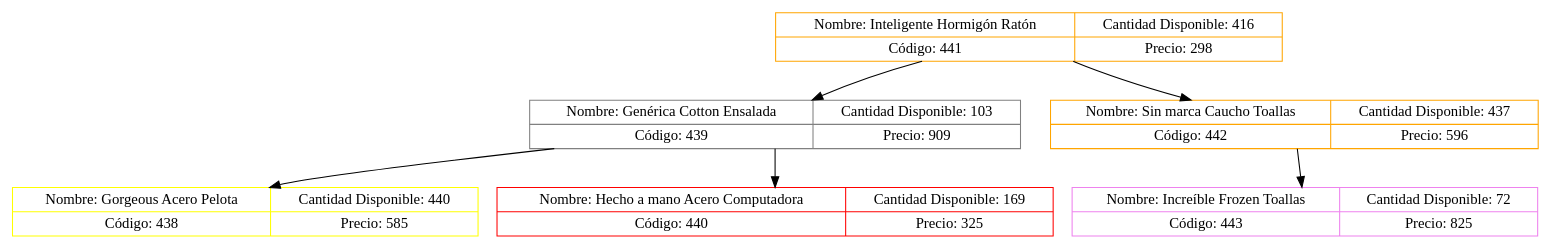
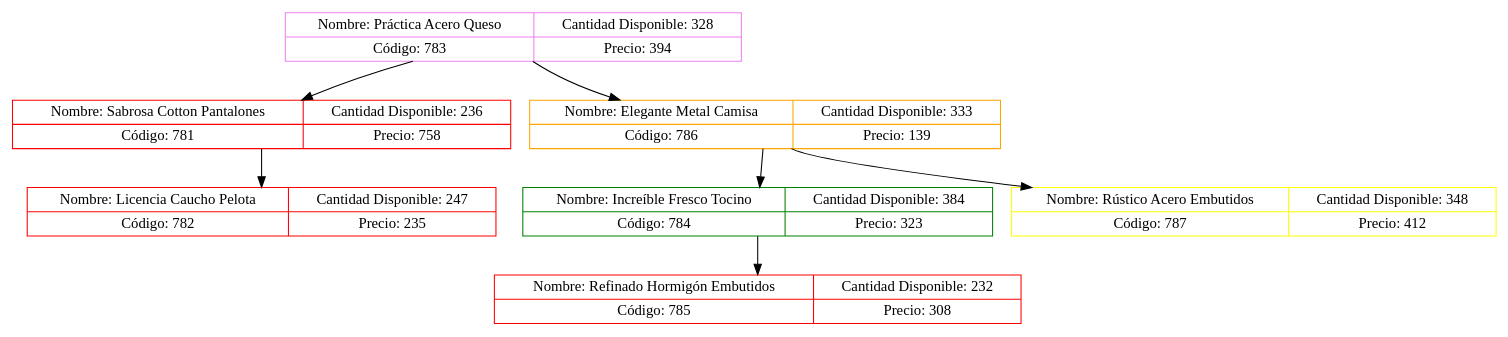
Before and after one commit to Daniel-Chicas/EDD_VirtualMall_201807079: the diagram in cliente/src/ImagenArbol/ArbolProductos.dot, drawn with Graphviz. The commit also changed 16 other files, not shown here.

```diff
--- a/cliente/src/ImagenArbol/ArbolProductos.dot
+++ b/cliente/src/ImagenArbol/ArbolProductos.dot
@@ -1,13 +1,15 @@
 digraph Arbol{node[shape="record"];
-node0xc000041860[label="{Nombre: Inteligente Hormigón Ratón|Código: 441}|{Cantidad Disponible: 416|Precio: 298}" color="orange"];
-node0xc000041800[label="{Nombre: Genérica Cotton Ensalada|Código: 439}|{Cantidad Disponible: 103|Precio: 909}" color="gray"];
-node0xc000041860:f0->node0xc000041800:f1
-node0xc000041740[label="{Nombre: Gorgeous Acero Pelota|Código: 438}|{Cantidad Disponible: 440|Precio: 585}" color="yellow"];
-node0xc000041800:f0->node0xc000041740:f1
-node0xc000041920[label="{Nombre: Hecho a mano Acero Computadora|Código: 440}|{Cantidad Disponible: 169|Precio: 325}" color="red"];
-node0xc000041800:f2->node0xc000041920:f1
-node0xc0000417a0[label="{Nombre: Sin marca Caucho Toallas|Código: 442}|{Cantidad Disponible: 437|Precio: 596}" color="orange"];
-node0xc000041860:f2->node0xc0000417a0:f1
-node0xc0000418c0[label="{Nombre: Increíble Frozen Toallas|Código: 443}|{Cantidad Disponible: 72|Precio: 825}" color="violet"];
-node0xc0000417a0:f2->node0xc0000418c0:f1
+node0xc0000e8360[label="{Nombre: Práctica Acero Queso|Código: 783}|{Cantidad Disponible: 328|Precio: 394}" color="violet"];
+node0xc0000e8240[label="{Nombre: Sabrosa Cotton Pantalones|Código: 781}|{Cantidad Disponible: 236|Precio: 758}" color="red"];
+node0xc0000e8360:f0->node0xc0000e8240:f1
+node0xc0000e83c0[label="{Nombre: Licencia Caucho Pelota|Código: 782}|{Cantidad Disponible: 247|Precio: 235}" color="red"];
+node0xc0000e8240:f2->node0xc0000e83c0:f1
+node0xc0000e81e0[label="{Nombre: Elegante Metal Camisa|Código: 786}|{Cantidad Disponible: 333|Precio: 139}" color="orange"];
+node0xc0000e8360:f2->node0xc0000e81e0:f1
+node0xc0000e8300[label="{Nombre: Increíble Fresco Tocino|Código: 784}|{Cantidad Disponible: 384|Precio: 323}" color="green"];
+node0xc0000e81e0:f0->node0xc0000e8300:f1
+node0xc0000e8420[label="{Nombre: Refinado Hormigón Embutidos|Código: 785}|{Cantidad Disponible: 232|Precio: 308}" color="red"];
+node0xc0000e8300:f2->node0xc0000e8420:f1
+node0xc0000e82a0[label="{Nombre: Rústico Acero Embutidos|Código: 787}|{Cantidad Disponible: 348|Precio: 412}" color="yellow"];
+node0xc0000e81e0:f2->node0xc0000e82a0:f1
 }
```
